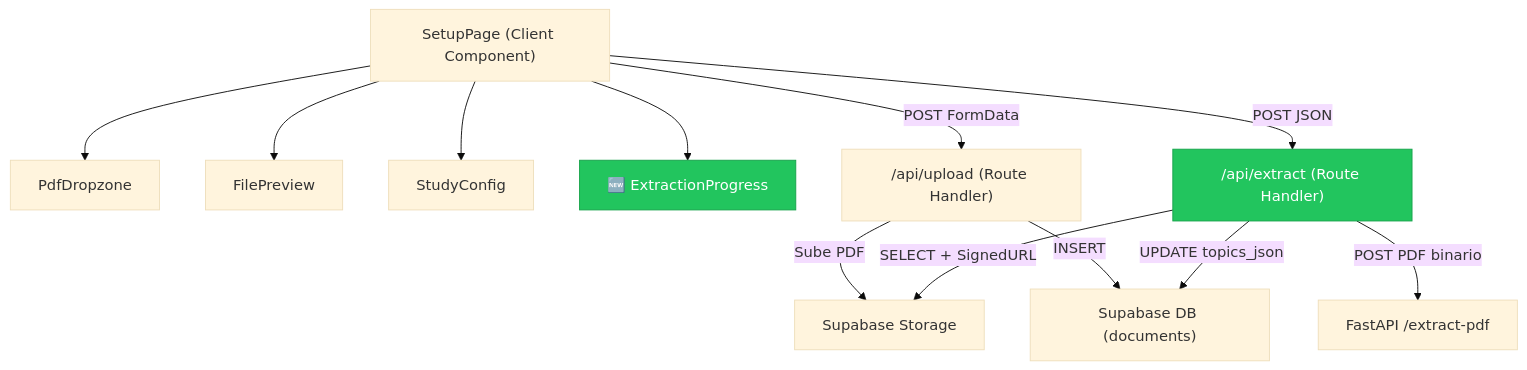
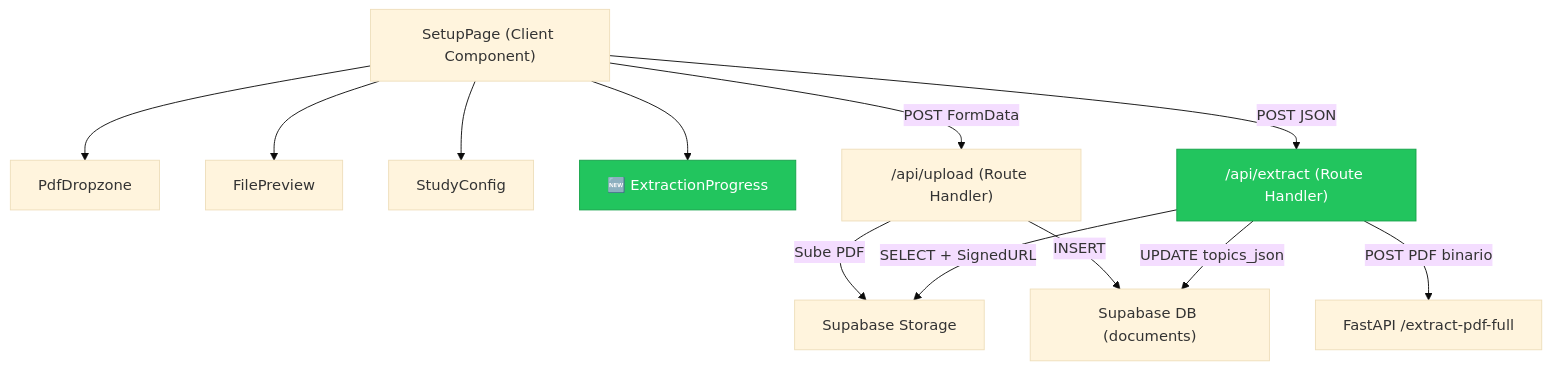
The second of 2 diagrams in docs/guides/fe/UP-03.md (JuanSifuentesF/practica-testing), drawn with Mermaid (base theme) before and after one commit. The commit also changed other lines of this file and 1 other file, not shown here.

First line of the commit message:
docs(up-03): marcar UP-03 como completada y corregir endpoint a /extract-pdf-full

````diff
--- a/docs/guides/fe/UP-03.md
+++ b/docs/guides/fe/UP-03.md
@@ -267,20 +305,20 @@
 ```mermaid
 graph TD
     A["SetupPage (Client Component)"] --> B["PdfDropzone"]
     A --> C["FilePreview"]
     A --> D["StudyConfig"]
     A --> E["🆕 ExtractionProgress"]
 
     A -->|"POST FormData"| F["/api/upload (Route Handler)"]
     A -->|"POST JSON"| G["/api/extract (Route Handler)"]
 
     F -->|"Sube PDF"| H["Supabase Storage"]
     F -->|"INSERT"| I["Supabase DB (documents)"]
 
     G -->|"SELECT + SignedURL"| H
-    G -->|"POST PDF binario"| J["FastAPI /extract-pdf"]
+    G -->|"POST PDF binario"| J["FastAPI /extract-pdf-full"]
     G -->|"UPDATE topics_json"| I
 
     style E fill:#22c55e,stroke:#16a34a,color:#fff
     style G fill:#22c55e,stroke:#16a34a,color:#fff
 ```
````
